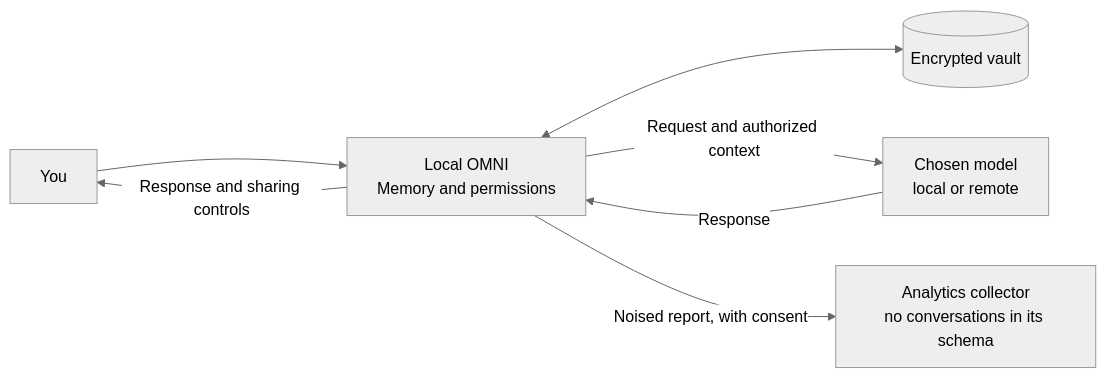
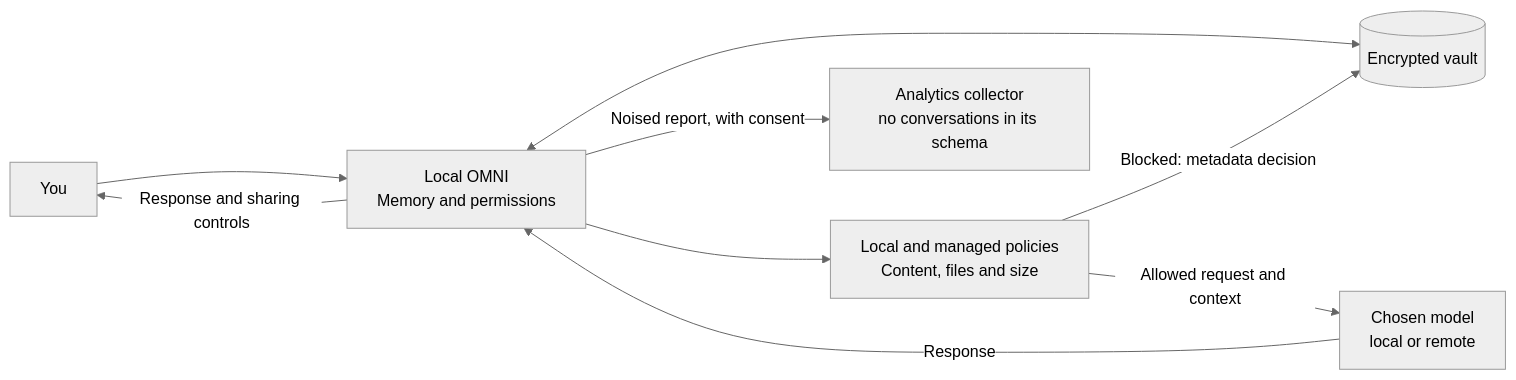
Before and after one commit to nabz0r/OMNI-OS: the diagram in README.md, drawn with Mermaid (neutral theme). The commit also changed other lines of this file and 37 other files, not shown here.

Commit message:
Enforce local and managed AI request policies with a visual policy console

````diff
--- a/README.md
+++ b/README.md
@@ -81,9 +91,11 @@
 ```mermaid
 flowchart LR
   User["You"] --> Omni["Local OMNI<br/>Memory and permissions"]
   Omni <--> Vault[("Encrypted vault")]
-  Omni -->|"Request and authorized context"| Model["Chosen model<br/>local or remote"]
+  Omni --> Policy["Local and managed policies<br/>Content, files and size"]
+  Policy -->|"Allowed request and context"| Model["Chosen model<br/>local or remote"]
+  Policy -->|"Blocked: metadata decision"| Vault
   Model -->|"Response"| Omni
   Omni -->|"Response and sharing controls"| User
   Omni -->|"Noised report, with consent"| Stats["Analytics collector<br/>no conversations in its schema"]
 ```
````
